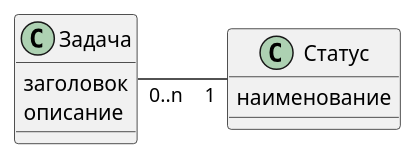
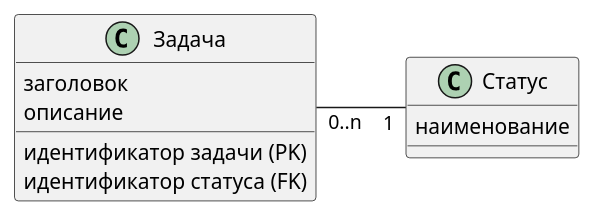
Before and after one commit to MariySimonova/docs_as_code: the diagram in src/docs/asciidoc/db/db.puml, drawn with PlantUML. The commit also changed 4 other files, not shown here.

```diff
--- a/src/docs/asciidoc/db/db.puml
+++ b/src/docs/asciidoc/db/db.puml
@@ -1,16 +1,18 @@
 @startuml
 
 left to right direction
 
 class Задача {
+    идентификатор задачи (PK)
     заголовок
     описание
+    идентификатор статуса (FK)
 }
 
 class Статус {
     наименование
 }
 
 Задача "0..n" -- "1"  Статус
 
 @enduml
```
